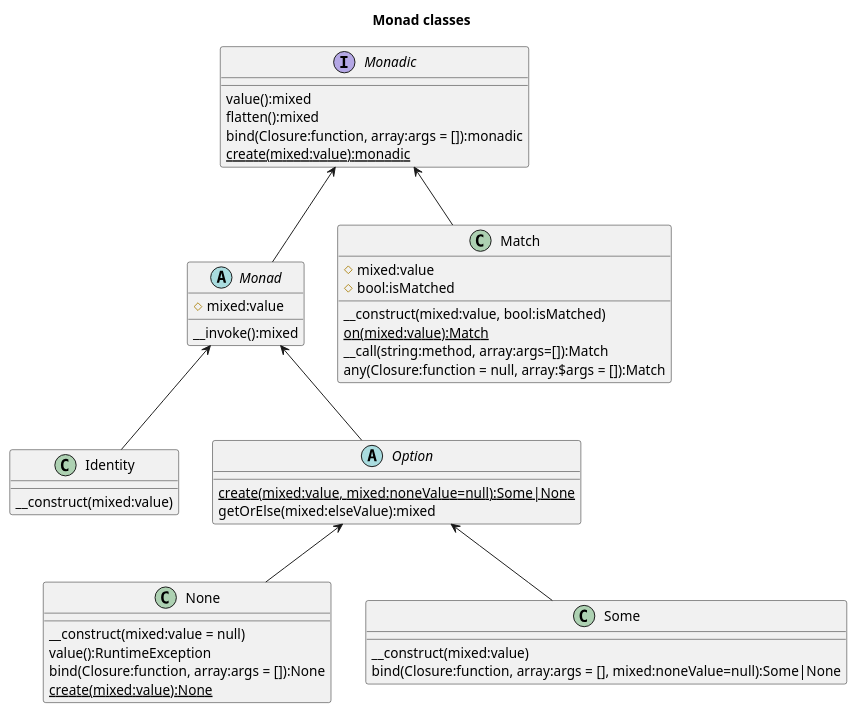
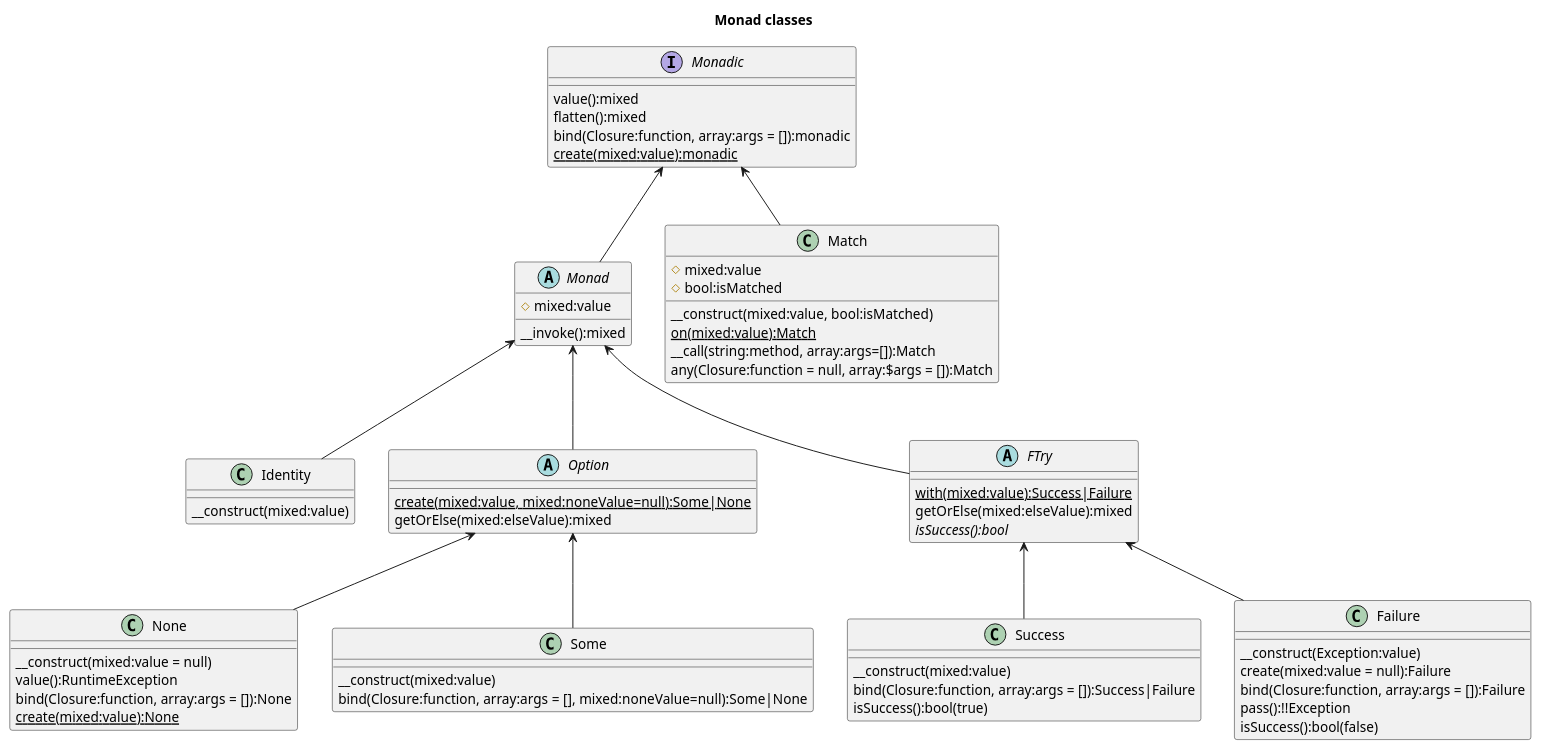
Before and after one commit to chippyash/Monad: the diagram in docs/Monad Classes.puml, drawn with PlantUML. The commit also changed 11 other files, not shown here.

```diff
--- a/docs/Monad Classes.puml
+++ b/docs/Monad Classes.puml
@@ -1,52 +1,75 @@
 @startuml
 title Monad classes
 
 interface Monadic {
     value():mixed
     flatten():mixed
     bind(Closure:function, array:args = []):monadic
     {static} create(mixed:value):monadic
 }
 
 abstract class Monad {
     #mixed:value
     __invoke():mixed
 }
 
 class Identity {
     __construct(mixed:value)
 }
 
 abstract class Option {
     {static} create(mixed:value, mixed:noneValue=null):Some|None
     getOrElse(mixed:elseValue):mixed
 }
 
 class None {
     __construct(mixed:value = null)
     value():RuntimeException
     bind(Closure:function, array:args = []):None
     {static} create(mixed:value):None
 }
 
 class Some {
     __construct(mixed:value)
     bind(Closure:function, array:args = [], mixed:noneValue=null):Some|None
 }
 
 class Match {
     #mixed:value
     #bool:isMatched
     __construct(mixed:value, bool:isMatched)
     {static} on(mixed:value):Match
     __call(string:method, array:args=[]):Match
     any(Closure:function = null, array:$args = []):Match
 }
 
+abstract class FTry {
+    {static} with(mixed:value):Success|Failure
+    getOrElse(mixed:elseValue):mixed
+    {abstract} isSuccess():bool
+}
+
+class Success {
+    __construct(mixed:value)
+    bind(Closure:function, array:args = []):Success|Failure
+    isSuccess():bool(true)
+}
+
+class Failure {
+    __construct(Exception:value)
+     create(mixed:value = null):Failure
+    bind(Closure:function, array:args = []):Failure
+    pass():!!Exception
+    isSuccess():bool(false)
+}
+
 Monadic <-- Monad
+Monadic <-- Match
 Monad <-- Identity
 Monad <-- Option
 Option <-- None
 Option <-- Some
-Monadic <-- Match
+Monad <-- FTry
+FTry <-- Success
+FTry <-- Failure
 @enduml
```
